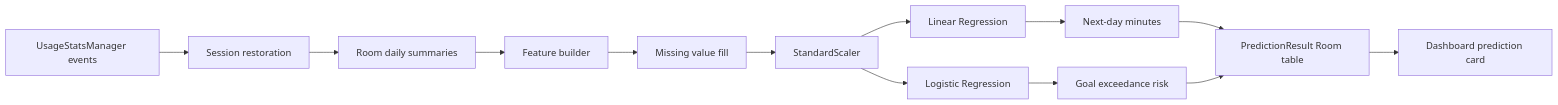
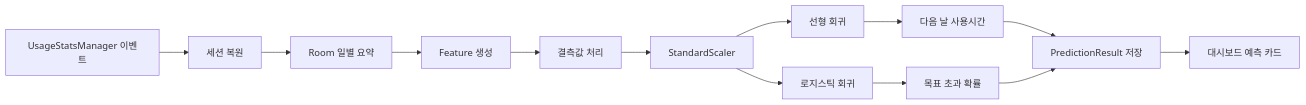
Before and after one commit to sionkk1/data: the diagram in habitguard_android/README.md, drawn with Mermaid. The commit also changed other lines of this file and 2 other files, not shown here.

````diff
--- a/habitguard_android/README.md
+++ b/habitguard_android/README.md
@@ -48,15 +49,15 @@
 ```mermaid
 flowchart LR
-    A[UsageStatsManager events] --> B[Session restoration]
-    B --> C[Room daily summaries]
-    C --> D[Feature builder]
-    D --> E[Missing value fill]
+    A[UsageStatsManager 이벤트] --> B[세션 복원]
+    B --> C[Room 일별 요약]
+    C --> D[Feature 생성]
+    D --> E[결측값 처리]
     E --> F[StandardScaler]
-    F --> G[Linear Regression]
-    F --> H[Logistic Regression]
-    G --> I[Next-day minutes]
-    H --> J[Goal exceedance risk]
-    I --> K[PredictionResult Room table]
+    F --> G[선형 회귀]
+    F --> H[로지스틱 회귀]
+    G --> I[다음 날 사용시간]
+    H --> J[목표 초과 확률]
+    I --> K[PredictionResult 저장]
     J --> K
-    K --> L[Dashboard prediction card]
+    K --> L[대시보드 예측 카드]
 ```
````
